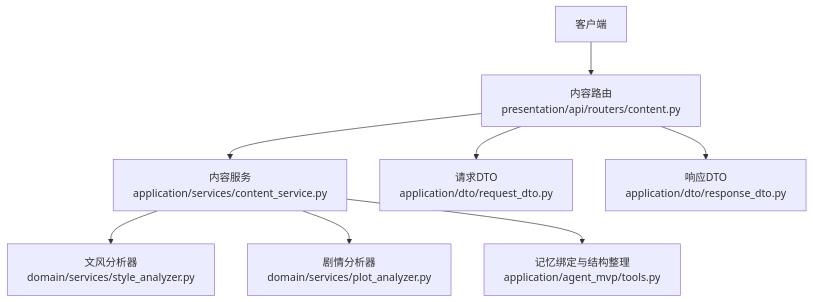
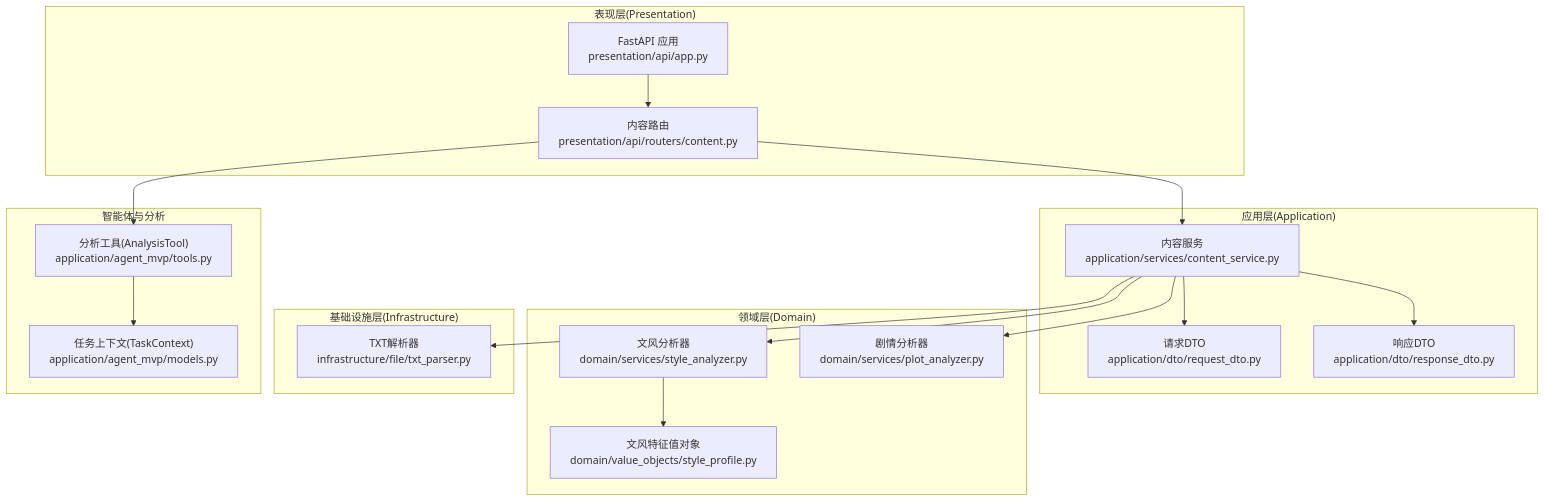
One commit to octsfm/InkTrace changed the first of 7 diagrams in .qoder/repowiki/zh/content/API接口文档/内容分析API.md. Above: the diagram before and after it, drawn with Mermaid. The commit also changed other lines of this file and 179 other files, not shown here.

````diff
--- a/.qoder/repowiki/zh/content/API接口文档/内容分析API.md
+++ b/.qoder/repowiki/zh/content/API接口文档/内容分析API.md
@@ -37,10 +43,34 @@
 ```mermaid
 graph TB
-Client["客户端"] --> Router["内容路由<br/>presentation/api/routers/content.py"]
-Router --> Service["内容服务<br/>application/services/content_service.py"]
-Service --> Style["文风分析器<br/>domain/services/style_analyzer.py"]
-Service --> Plot["剧情分析器<br/>domain/services/plot_analyzer.py"]
-Service --> Memory["记忆绑定与结构整理<br/>application/agent_mvp/tools.py"]
-Router --> DTOReq["请求DTO<br/>application/dto/request_dto.py"]
-Router --> DTOResp["响应DTO<br/>application/dto/response_dto.py"]
+subgraph "表现层(Presentation)"
+A["FastAPI 应用<br/>presentation/api/app.py"]
+B["内容路由<br/>presentation/api/routers/content.py"]
+end
+subgraph "应用层(Application)"
+C["内容服务<br/>application/services/content_service.py"]
+D["请求DTO<br/>application/dto/request_dto.py"]
+E["响应DTO<br/>application/dto/response_dto.py"]
+end
+subgraph "领域层(Domain)"
+F["文风分析器<br/>domain/services/style_analyzer.py"]
+G["剧情分析器<br/>domain/services/plot_analyzer.py"]
+H["文风特征值对象<br/>domain/value_objects/style_profile.py"]
+end
+subgraph "基础设施层(Infrastructure)"
+I["TXT解析器<br/>infrastructure/file/txt_parser.py"]
+end
+subgraph "智能体与分析"
+J["分析工具(AnalysisTool)<br/>application/agent_mvp/tools.py"]
+K["任务上下文(TaskContext)<br/>application/agent_mvp/models.py"]
+end
+A --> B
+B --> C
+C --> F
+C --> G
+C --> I
+F --> H
+B --> J
+J --> K
+C --> D
+C --> E
 ```
````
